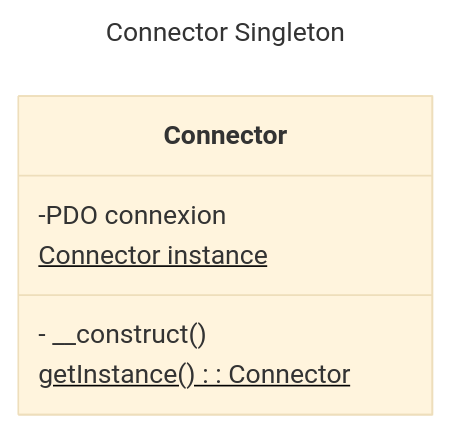
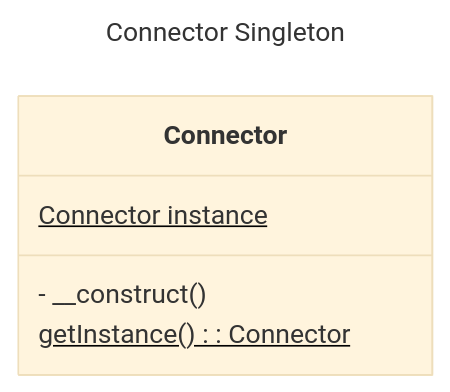
The first of 2 diagrams in README.md (MalikAza/game-project), drawn with Mermaid (base theme) before and after one commit. The commit also changed other lines of this file and 4 other files, not shown here.

````diff
--- a/README.md
+++ b/README.md
@@ -3,12 +3,11 @@
 ```mermaid
 ---
 title: Connector Singleton
 ---
 classDiagram
 class Connector {
-    -PDO connexion
     Connector instance$
     - __construct()
     getInstance()$ : Connector
 }
 ```
````
